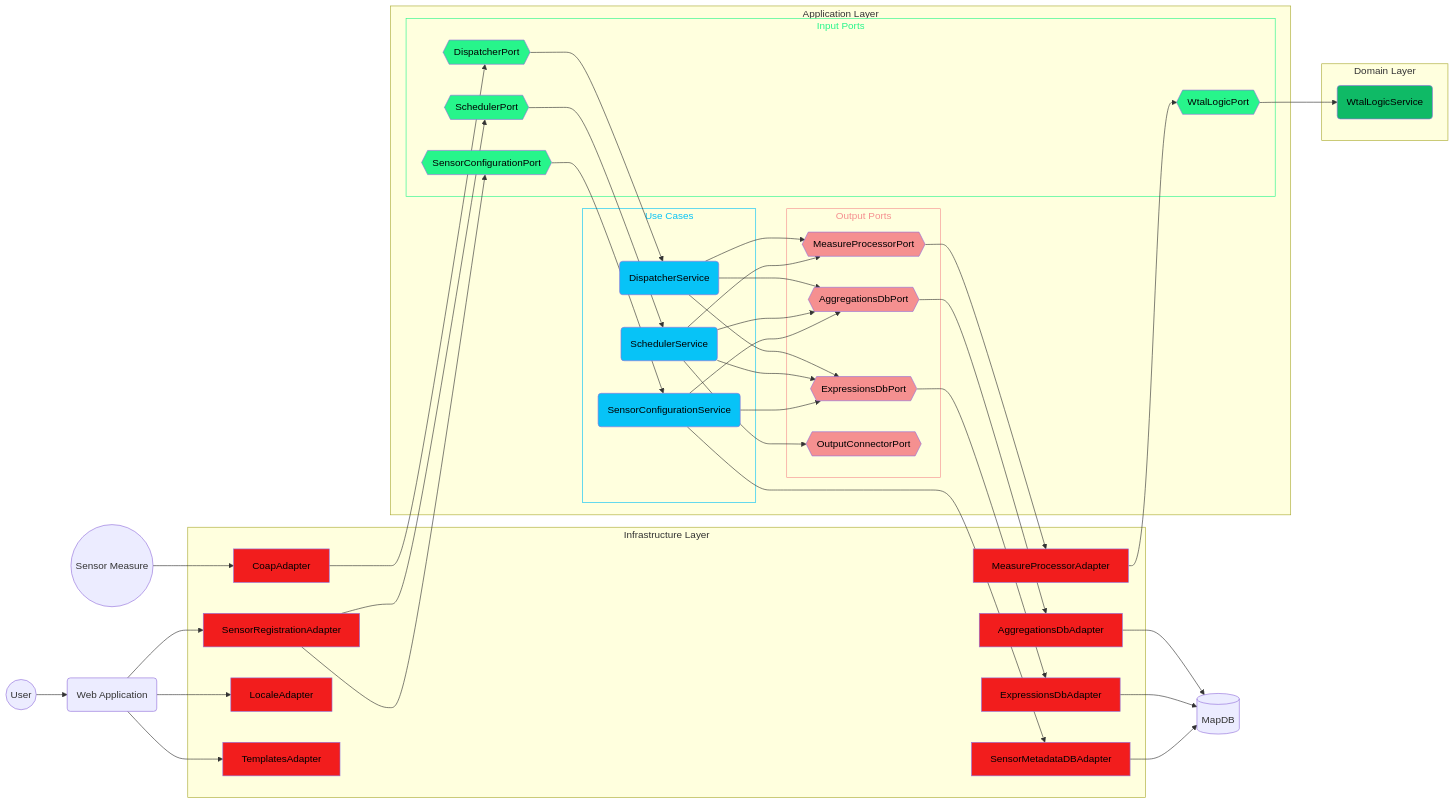
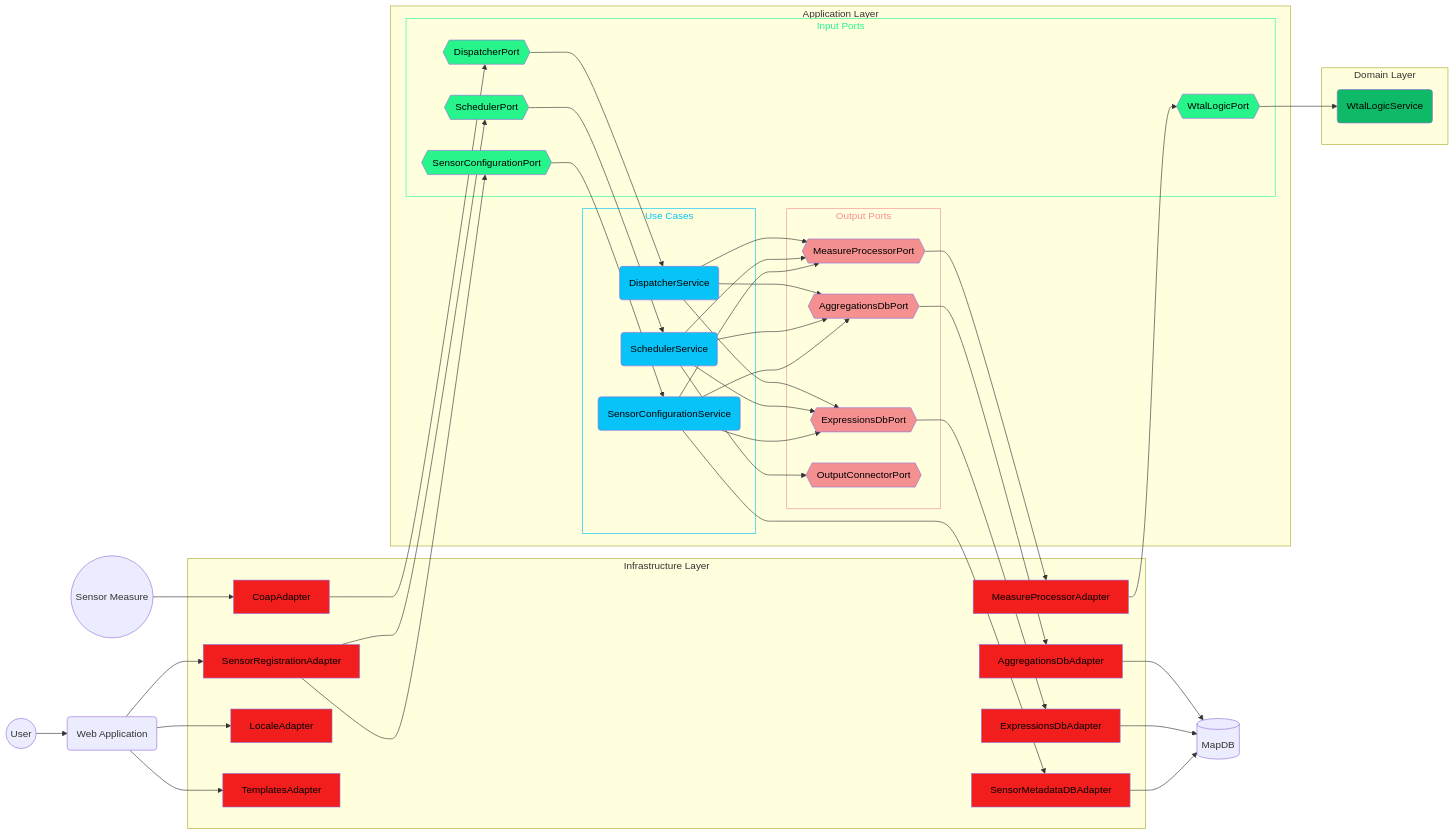
The second of 2 diagrams in apps/gateway/README.md (NicolasBreval/weather-twin), drawn with Mermaid before and after one commit. The commit also changed 23 other files, not shown here.

````diff
--- a/apps/gateway/README.md
+++ b/apps/gateway/README.md
@@ -213,4 +213,5 @@
     SCS --> SMDA
     WA --> LA
     WA --> TA
+    SCS --> MPP
 ```
````
